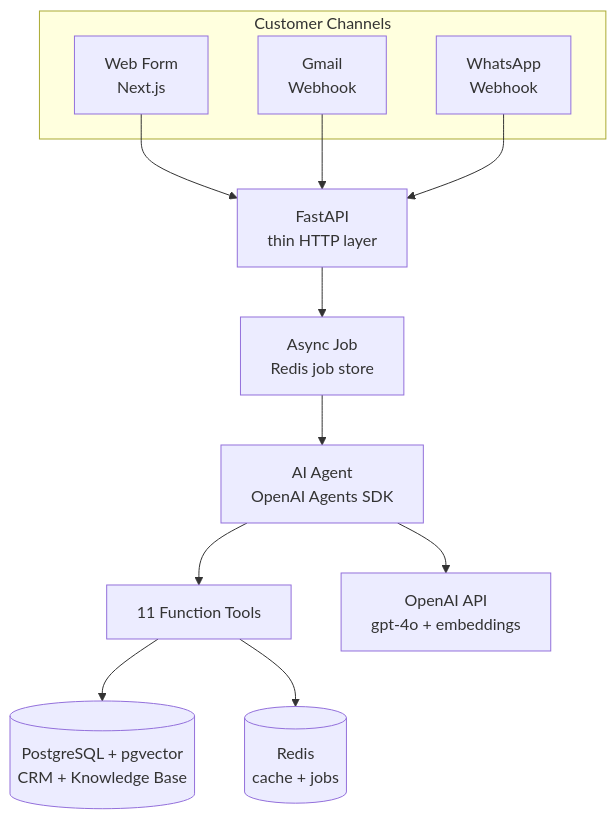
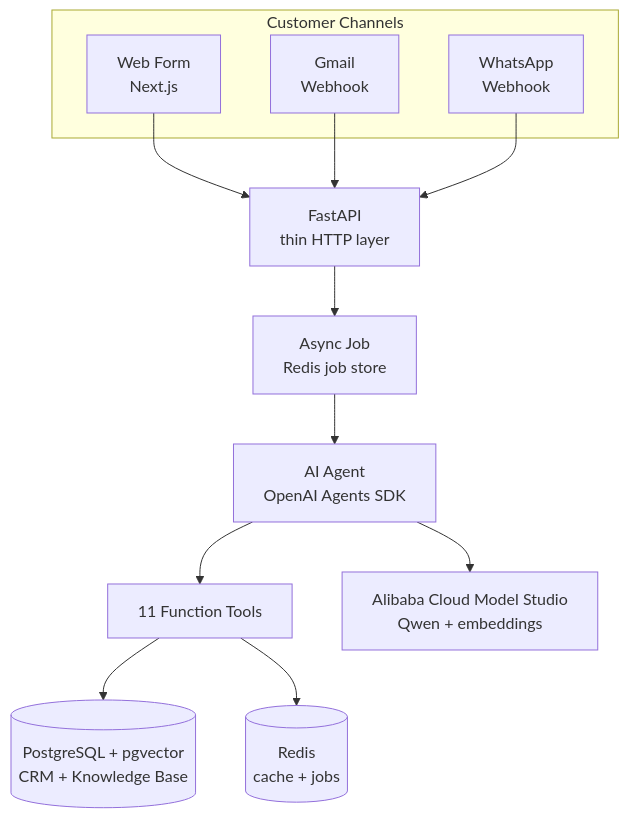
Before and after one commit to SADASEWAS3W/GroundDesk-AI: the first of 2 diagrams in README.md, drawn with Mermaid. The commit also changed other lines of this file and 18 other files, not shown here.

````diff
--- a/README.md
+++ b/README.md
@@ -102,17 +102,17 @@
 ```mermaid
 flowchart TD
     subgraph Channels["Customer Channels"]
         W[Web Form<br/>Next.js]
         G[Gmail<br/>Webhook]
         WA[WhatsApp<br/>Webhook]
     end
 
     W & G & WA --> API[FastAPI<br/>thin HTTP layer]
     API --> JOB[Async Job<br/>Redis job store]
     JOB --> AGENT[AI Agent<br/>OpenAI Agents SDK]
     AGENT --> TOOLS[11 Function Tools]
 
     TOOLS --> PG[(PostgreSQL + pgvector<br/>CRM + Knowledge Base)]
     TOOLS --> RD[(Redis<br/>cache + jobs)]
-    AGENT --> OAI[OpenAI API<br/>gpt-4o + embeddings]
+    AGENT --> OAI[Alibaba Cloud Model Studio<br/>Qwen + embeddings]
 ```
````
